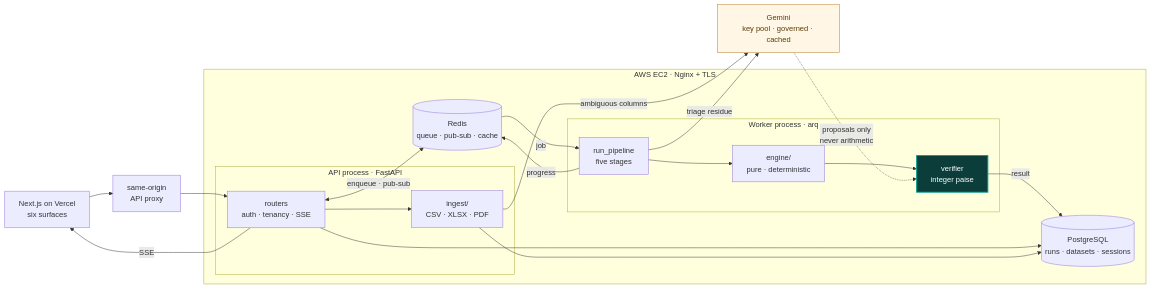
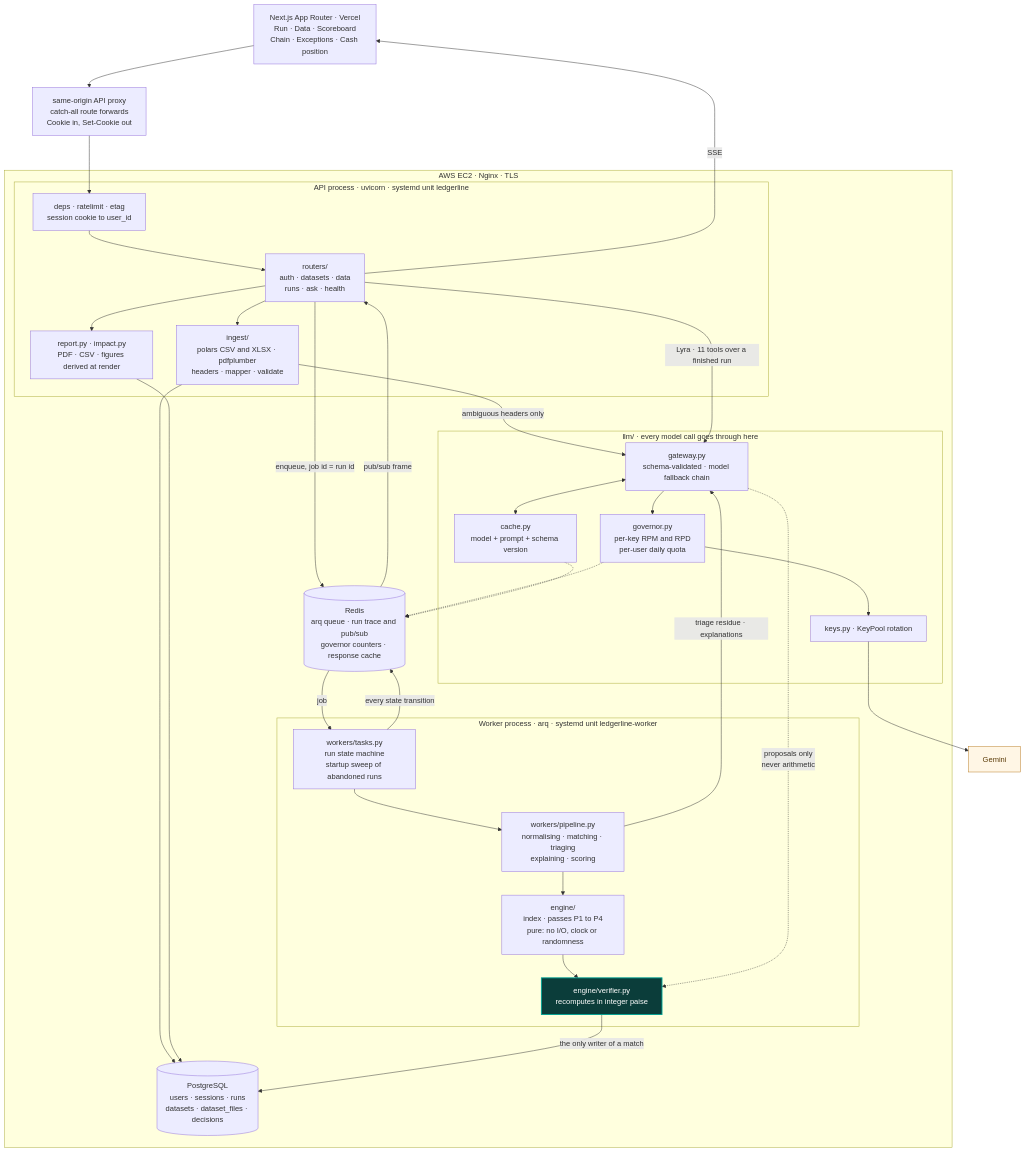
The second of 2 diagrams in README.md (RiteshGadarla/Ledgerline), drawn with Mermaid before and after one commit. The commit also changed other lines of this file and 1 other file, not shown here.

Commit message:
README changes

````diff
--- a/README.md
+++ b/README.md
@@ -201,41 +195,58 @@
 ```mermaid
-flowchart LR
-    UI["Next.js on Vercel<br/>six surfaces"] --> PROXY["same-origin<br/>API proxy"]
+flowchart TB
+    UI["Next.js App Router · Vercel<br/>Run · Data · Scoreboard<br/>Chain · Exceptions · Cash position"]
+    UI --> PROXY["same-origin API proxy<br/>catch-all route forwards<br/>Cookie in, Set-Cookie out"]
 
-    subgraph aws["AWS EC2 · Nginx + TLS"]
-        subgraph api["API process · FastAPI"]
-            ROUTES["routers<br/>auth · tenancy · SSE"]
-            INGEST["ingest/<br/>CSV · XLSX · PDF"]
+    subgraph ec2["AWS EC2 · Nginx · TLS"]
+        subgraph apiproc["API process · uvicorn · systemd unit ledgerline"]
+            DEPS["deps · ratelimit · etag<br/>session cookie to user_id"]
+            ROUTES["routers/<br/>auth · datasets · data<br/>runs · ask · health"]
+            INGEST["ingest/<br/>polars CSV and XLSX · pdfplumber<br/>headers · mapper · validate"]
+            OUT["report.py · impact.py<br/>PDF · CSV · figures derived at render"]
         end
 
-        subgraph worker["Worker process · arq"]
-            PIPE["run_pipeline<br/>five stages"]
-            ENGINE["engine/<br/>pure · deterministic"]
-            VERIFY["verifier<br/>integer paise"]
+        subgraph wproc["Worker process · arq · systemd unit ledgerline-worker"]
+            TASK["workers/tasks.py<br/>run state machine<br/>startup sweep of abandoned runs"]
+            PIPE["workers/pipeline.py<br/>normalising · matching · triaging<br/>explaining · scoring"]
+            ENGINE["engine/<br/>index · passes P1 to P4<br/>pure: no I/O, clock or randomness"]
+            VERIFY["engine/verifier.py<br/>recomputes in integer paise"]
         end
 
-        REDIS[("Redis<br/>queue · pub-sub · cache")]
-        PG[("PostgreSQL<br/>runs · datasets · sessions")]
+        subgraph llm["llm/ · every model call goes through here"]
+            GW["gateway.py<br/>schema-validated · model fallback chain"]
+            GOV["governor.py<br/>per-key RPM and RPD<br/>per-user daily quota"]
+            POOL["keys.py · KeyPool rotation"]
+            RCACHE["cache.py<br/>model + prompt + schema version"]
+        end
+
+        REDIS[("Redis<br/>arq queue · run trace and pub/sub<br/>governor counters · response cache")]
+        PG[("PostgreSQL<br/>users · sessions · runs<br/>datasets · dataset_files · decisions")]
     end
 
-    GEMINI["Gemini<br/>key pool · governed · cached"]
+    GEMINI["Gemini"]
 
-    PROXY --> ROUTES
-    ROUTES --> INGEST
-    ROUTES <-->|"enqueue · pub-sub"| REDIS
-    REDIS -->|"job"| PIPE
-    PIPE --> ENGINE --> VERIFY -->|"result"| PG
-    ROUTES --> PG
-    INGEST --> PG
-    PIPE -->|"progress"| REDIS
+    PROXY --> DEPS --> ROUTES
+    ROUTES --> INGEST --> PG
+    ROUTES --> OUT --> PG
+    ROUTES -->|"enqueue, job id = run id"| REDIS
+    REDIS -->|"job"| TASK
+    TASK --> PIPE --> ENGINE --> VERIFY
+    VERIFY -->|"the only writer of a match"| PG
+    TASK -->|"every state transition"| REDIS
+    REDIS -->|"pub/sub frame"| ROUTES
     ROUTES -->|"SSE"| UI
 
-    INGEST -->|"ambiguous columns"| GEMINI
-    PIPE -->|"triage residue"| GEMINI
-    GEMINI -.->|"proposals only<br/>never arithmetic"| VERIFY
+    INGEST -->|"ambiguous headers only"| GW
+    PIPE -->|"triage residue · explanations"| GW
+    ROUTES -->|"Lyra · 11 tools over a finished run"| GW
+    GW --> GOV --> POOL --> GEMINI
+    GW <--> RCACHE
+    GOV -.-> REDIS
+    RCACHE -.-> REDIS
+    GW -.->|"proposals only<br/>never arithmetic"| VERIFY
 
     classDef gate fill:#0b3d3a,stroke:#00a294,stroke-width:2px,color:#ffffff
     classDef ext fill:#fff6e5,stroke:#b7791f,color:#5c3d0a
     class VERIFY gate
     class GEMINI ext
 ```
````
